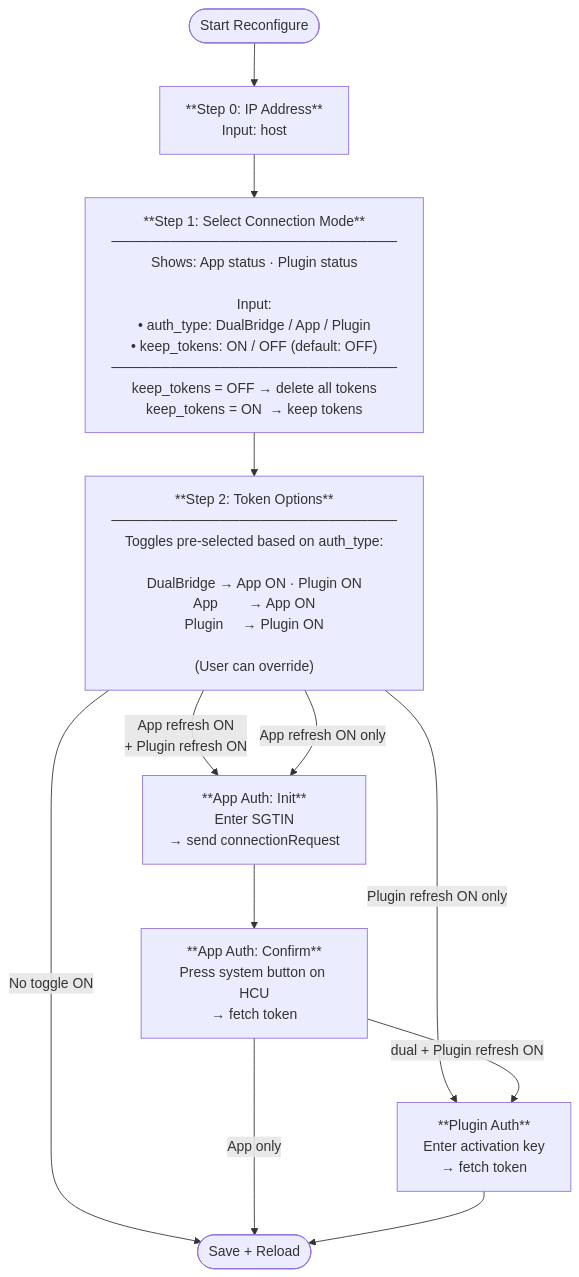
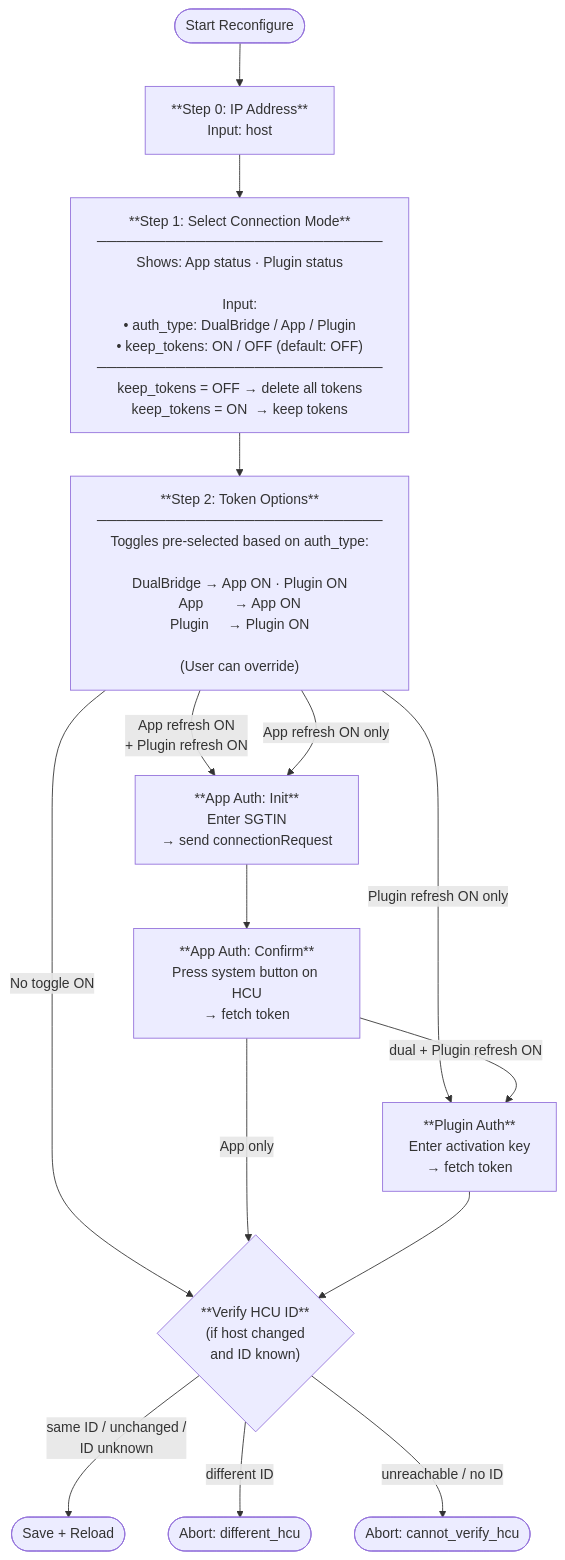
Before and after one commit to Ediminator/homematicip-hcu: the diagram in .docs/flows/reconfigure_flow.md, drawn with Mermaid. The commit also changed other lines of this file and 6 other files, not shown here.

First line of the commit message:
fix: abort reconfigure if the new host is a different HCU (#537)

````diff
--- a/.docs/flows/reconfigure_flow.md
+++ b/.docs/flows/reconfigure_flow.md
@@ -9,29 +9,32 @@
 ```mermaid
 flowchart TD
     START([Start Reconfigure]) --> S0
 
     S0["**Step 0: IP Address**\nInput: host"]
     S0 --> S1
 
     S1["**Step 1: Select Connection Mode**\n─────────────────────────────\nShows: App status · Plugin status\n\nInput:\n• auth_type: DualBridge / App / Plugin\n• keep_tokens: ON / OFF (default: OFF)\n─────────────────────────────\nkeep_tokens = OFF → delete all tokens\nkeep_tokens = ON  → keep tokens"]
     S1 --> S2
 
     S2["**Step 2: Token Options**\n─────────────────────────────\nToggles pre-selected based on auth_type:\n\nDualBridge → App ON · Plugin ON\nApp        → App ON\nPlugin     → Plugin ON\n\n(User can override)"]
 
     S2 -->|"App refresh ON\n+ Plugin refresh ON"| APP_AUTH
     S2 -->|"App refresh ON only"| APP_AUTH
     S2 -->|"Plugin refresh ON only"| PLUGIN_AUTH
-    S2 -->|"No toggle ON"| SAVE
+    S2 -->|"No toggle ON"| CHECK
 
     APP_AUTH["**App Auth: Init**\nEnter SGTIN\n→ send connectionRequest"]
     APP_AUTH --> APP_CONFIRM
 
     APP_CONFIRM["**App Auth: Confirm**\nPress system button on HCU\n→ fetch token"]
     APP_CONFIRM -->|"dual + Plugin refresh ON"| PLUGIN_AUTH
-    APP_CONFIRM -->|"App only"| SAVE
+    APP_CONFIRM -->|"App only"| CHECK
 
     PLUGIN_AUTH["**Plugin Auth**\nEnter activation key\n→ fetch token"]
-    PLUGIN_AUTH --> SAVE
+    PLUGIN_AUTH --> CHECK
 
-    SAVE(["Save + Reload"])
+    CHECK{"**Verify HCU ID**\n(if host changed\nand ID known)"}
+    CHECK -->|"same ID / unchanged /\nID unknown"| SAVE(["Save + Reload"])
+    CHECK -->|"different ID"| ABORT_DIFF(["Abort: different_hcu"])
+    CHECK -->|"unreachable / no ID"| ABORT_UNREACH(["Abort: cannot_verify_hcu"])
 ```
````
